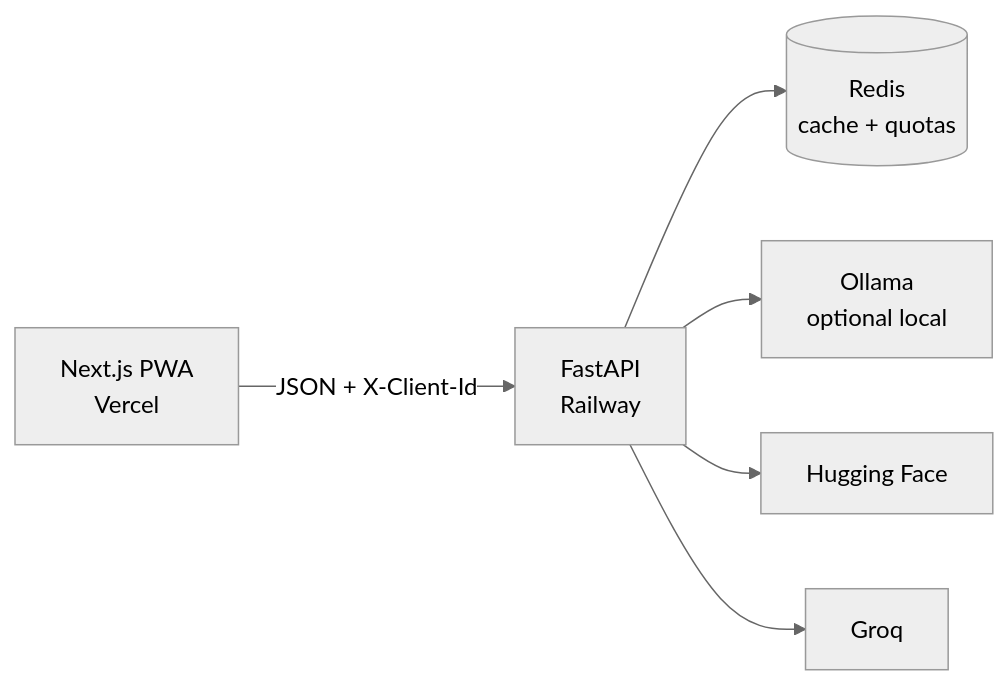
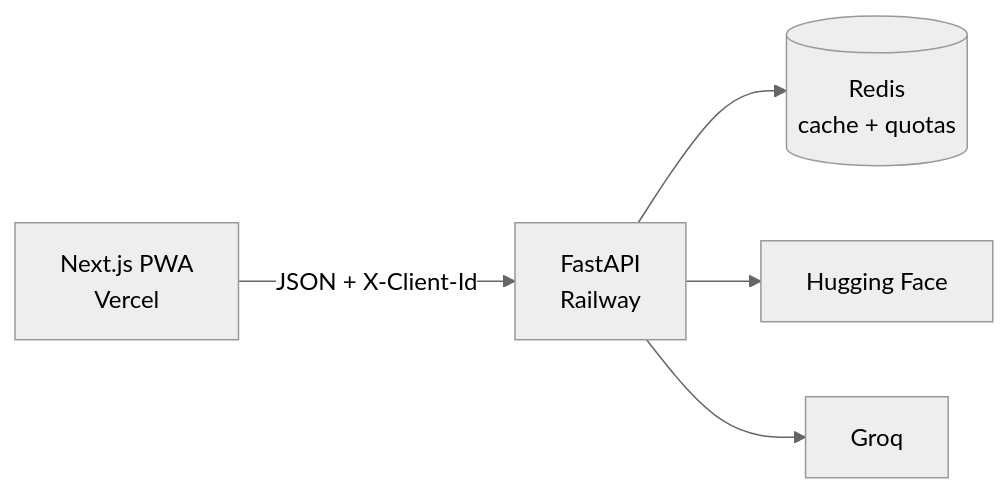
One commit to master2it/DeepLM changed the diagram in README.md. Above: the diagram before and after it, drawn with Mermaid (neutral theme). The commit also changed other lines of this file and 35 other files, not shown here.

````diff
--- a/README.md
+++ b/README.md
@@ -53,8 +53,7 @@
 ```mermaid
 flowchart LR
   Browser["Next.js PWA<br/>Vercel"] -->|JSON + X-Client-Id| API["FastAPI<br/>Railway"]
   API --> Redis[(Redis<br/>cache + quotas)]
-  API --> Ollama["Ollama<br/>optional local"]
   API --> HF["Hugging Face"]
   API --> Groq["Groq"]
 ```
````
